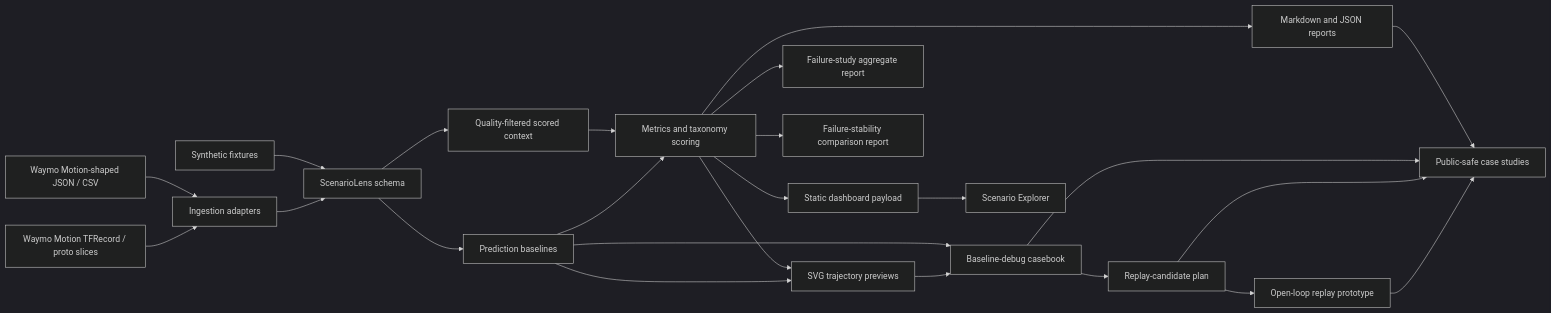
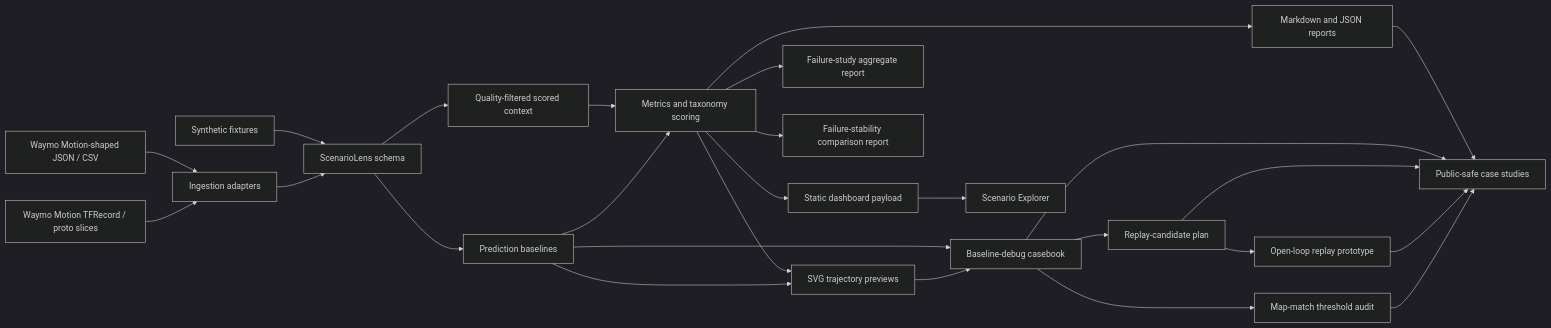
One commit to ethanvillalovoz/scenariolens changed the diagram in docs/architecture.md. Above: the diagram before and after it, drawn with Mermaid (dark theme). The commit also changed other lines of this file and 21 other files, not shown here.

Commit message:
Add map-match audit workflow

````diff
--- a/docs/architecture.md
+++ b/docs/architecture.md
@@ -5,26 +5,28 @@
 ```mermaid
 flowchart LR
     A["Synthetic fixtures"] --> D["ScenarioLens schema"]
     B["Waymo Motion-shaped JSON / CSV"] --> C["Ingestion adapters"]
     M["Waymo Motion TFRecord / proto slices"] --> C
     C --> D
     D --> E["Quality-filtered scored context"]
     D --> P["Prediction baselines"]
     E --> F["Metrics and taxonomy scoring"]
     P --> F
     F --> G["Markdown and JSON reports"]
     F --> H["SVG trajectory previews"]
     P --> H
     F --> L["Failure-study aggregate report"]
     F --> N["Failure-stability comparison report"]
     P --> Q["Baseline-debug casebook"]
     H --> Q
     Q --> R["Replay-candidate plan"]
     R --> S["Open-loop replay prototype"]
+    Q --> T["Map-match threshold audit"]
     F --> I["Static dashboard payload"]
     I --> J["Scenario Explorer"]
     G --> K["Public-safe case studies"]
     Q --> K
     R --> K
     S --> K
+    T --> K
 ```
````
